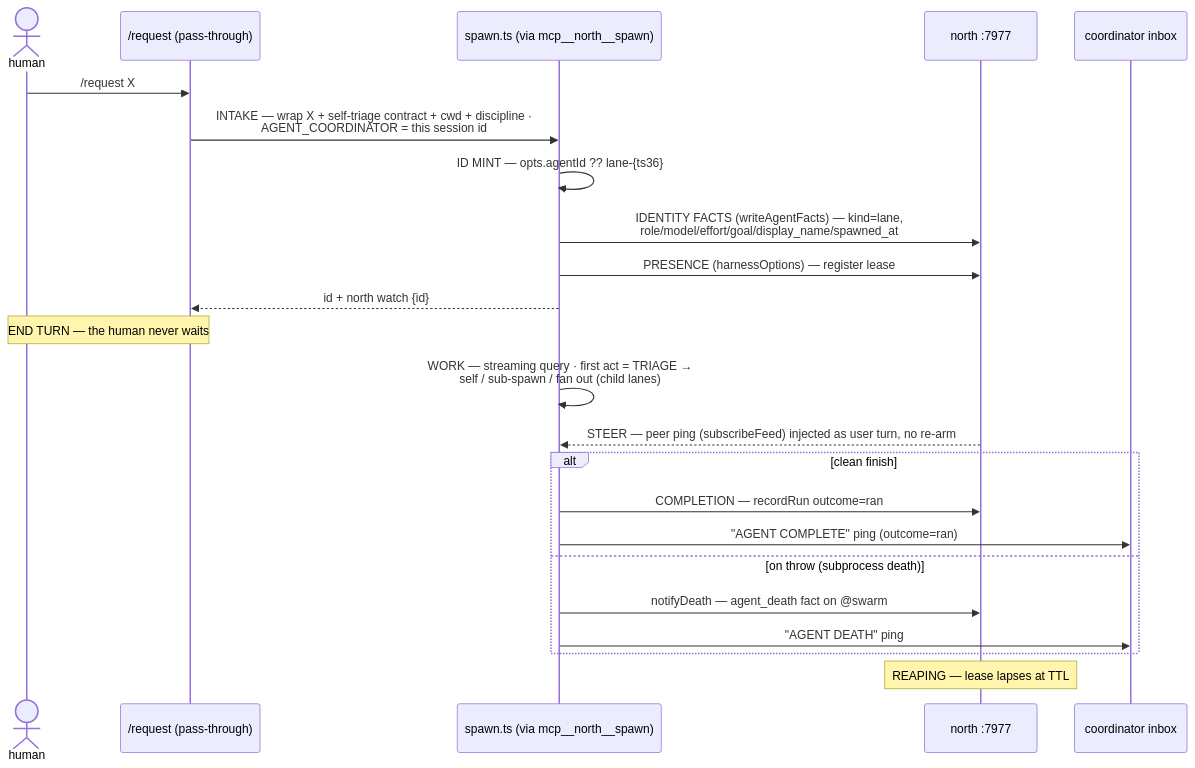
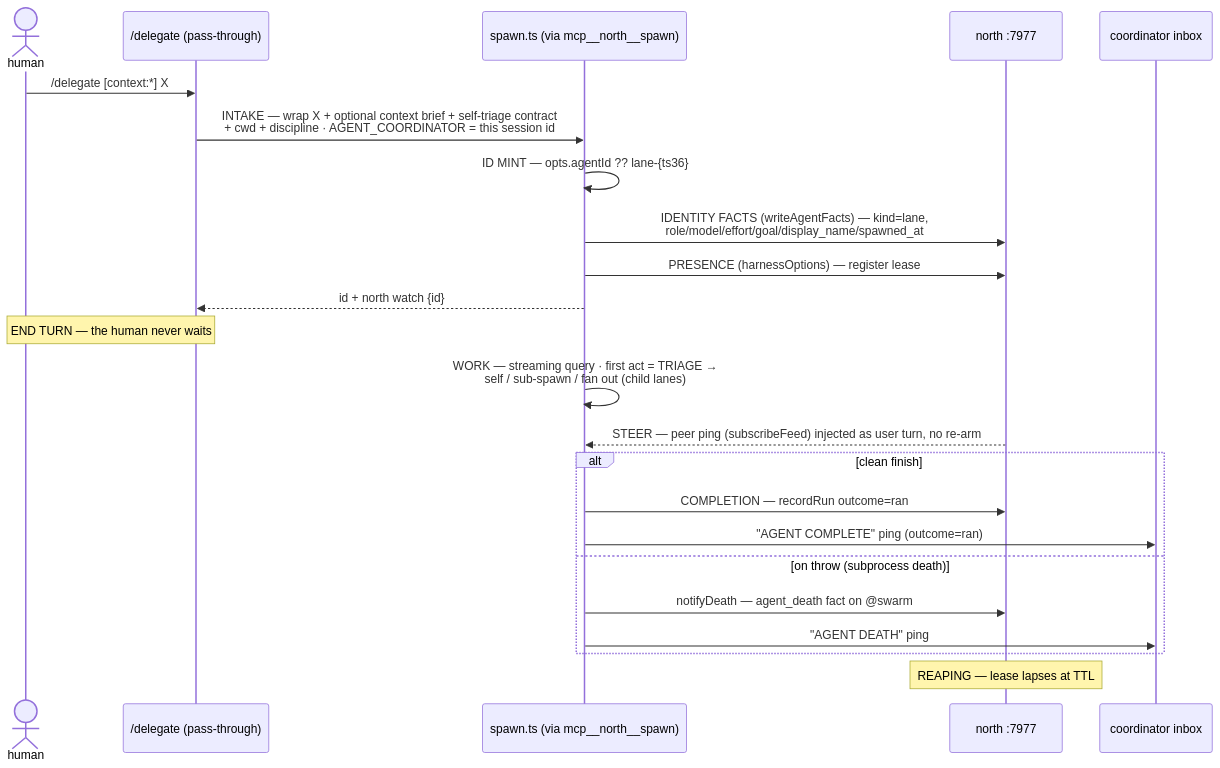
One commit to tompassarelli/firn changed the fourth of 10 diagrams in dotfiles/claude/docs/workflow-map.md. Above: the diagram before and after it, drawn with Mermaid. The commit also changed other lines of this file and 1 other file, not shown here.

First line of the commit message:
claude: unify /request + /offload into /delegate (context as parameter)

````diff
--- a/dotfiles/claude/docs/workflow-map.md
+++ b/dotfiles/claude/docs/workflow-map.md
@@ -142,25 +145,25 @@
 ```mermaid
 sequenceDiagram
     actor H as human
-    participant R as /request (pass-through)
+    participant R as /delegate (pass-through)
     participant SP as spawn.ts (via mcp__north__spawn)
     participant T as north :7977
     participant CO as coordinator inbox
-    H->>R: /request X
-    R->>SP: INTAKE — wrap X + self-triage contract + cwd + discipline ·<br/>AGENT_COORDINATOR = this session id
+    H->>R: /delegate [context:*] X
+    R->>SP: INTAKE — wrap X + optional context brief + self-triage contract<br/>+ cwd + discipline · AGENT_COORDINATOR = this session id
     SP->>SP: ID MINT — opts.agentId ?? lane-{ts36}
     SP->>T: IDENTITY FACTS (writeAgentFacts) — kind=lane,<br/>role/model/effort/goal/display_name/spawned_at
     SP->>T: PRESENCE (harnessOptions) — register lease
     SP-->>R: id + north watch {id}
     Note over H,R: END TURN — the human never waits
     SP->>SP: WORK — streaming query · first act = TRIAGE →<br/>self / sub-spawn / fan out (child lanes)
     T-->>SP: STEER — peer ping (subscribeFeed) injected as user turn, no re-arm
     alt clean finish
         SP->>T: COMPLETION — recordRun outcome=ran
         SP->>CO: "AGENT COMPLETE" ping (outcome=ran)
     else on throw (subprocess death)
         SP->>T: notifyDeath — agent_death fact on @swarm
         SP->>CO: "AGENT DEATH" ping
     end
     Note over T: REAPING — lease lapses at TTL
 ```
````
